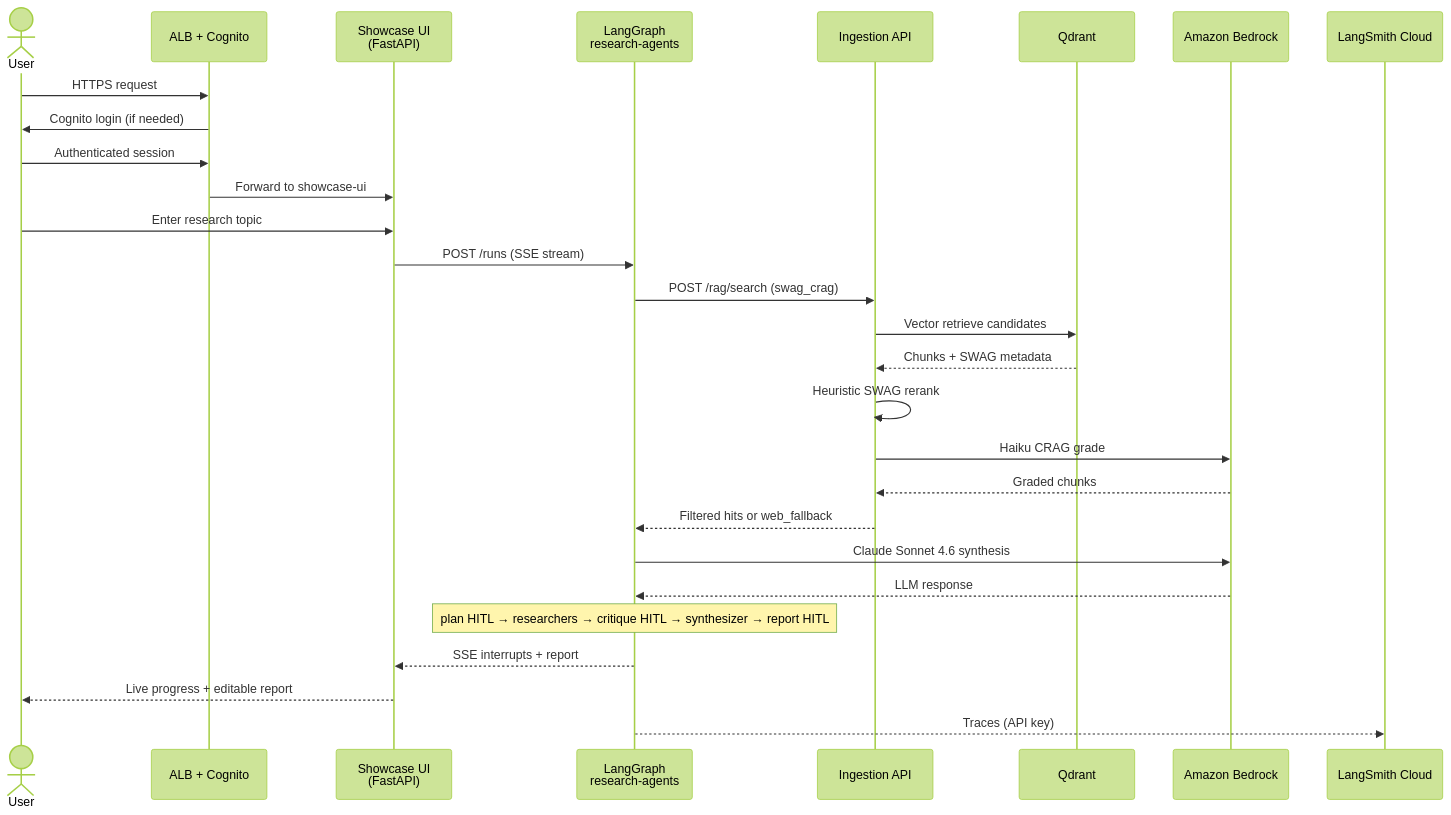
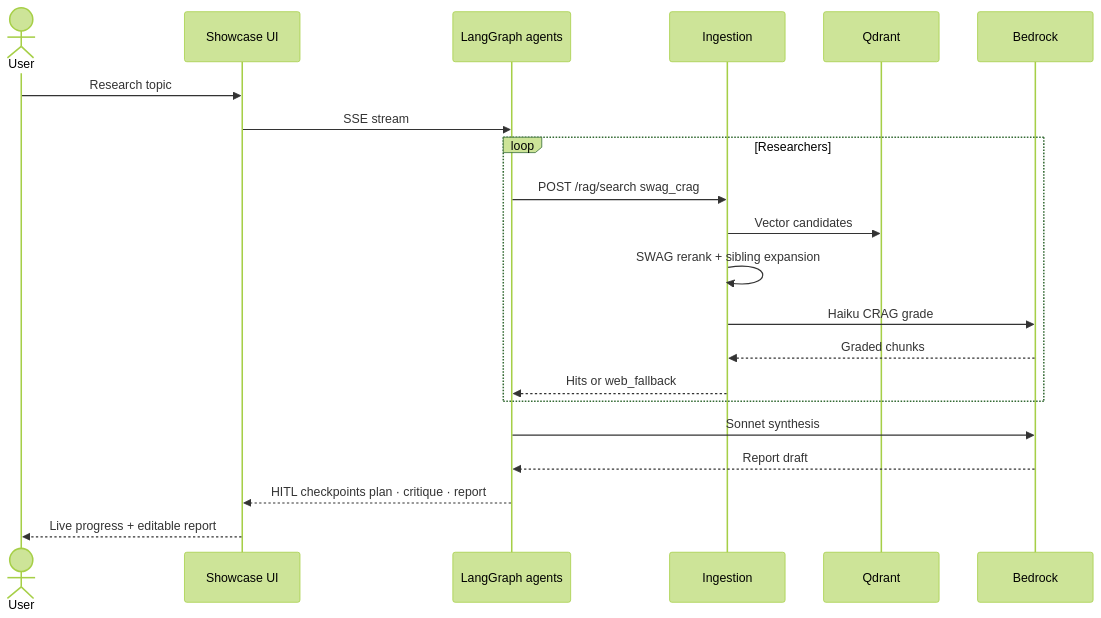
The fourth of 6 diagrams in docs/ARCHITECTURE_DIAGRAM.md (emguru/langrag), drawn with Mermaid (forest theme) before and after one commit. The commit also changed other lines of this file and 22 other files, not shown here.

First line of the commit message:
Add RAG quality features and refresh architecture docs.

````diff
--- a/docs/ARCHITECTURE_DIAGRAM.md
+++ b/docs/ARCHITECTURE_DIAGRAM.md
@@ -144,31 +149,24 @@
 ```mermaid
 sequenceDiagram
   actor User
-  participant ALB as ALB + Cognito
-  participant UI as Showcase UI<br/>(FastAPI)
-  participant LG as LangGraph<br/>research-agents
-  participant Ing as Ingestion API
+  participant UI as Showcase UI
+  participant LG as LangGraph agents
+  participant Ing as Ingestion
   participant Q as Qdrant
-  participant BR as Amazon Bedrock
-  participant LS as LangSmith Cloud
+  participant BR as Bedrock
 
-  User->>ALB: HTTPS request
-  ALB->>User: Cognito login (if needed)
-  User->>ALB: Authenticated session
-  ALB->>UI: Forward to showcase-ui
-  User->>UI: Enter research topic
-  UI->>LG: POST /runs (SSE stream)
-  LG->>Ing: POST /rag/search (swag_crag)
-  Ing->>Q: Vector retrieve candidates
-  Q-->>Ing: Chunks + SWAG metadata
-  Ing->>Ing: Heuristic SWAG rerank
-  Ing->>BR: Haiku CRAG grade
-  BR-->>Ing: Graded chunks
-  Ing-->>LG: Filtered hits or web_fallback
-  LG->>BR: Claude Sonnet 4.6 synthesis
-  BR-->>LG: LLM response
-  Note over LG: plan HITL → researchers → critique HITL → synthesizer → report HITL
-  LG-->>UI: SSE interrupts + report
+  User->>UI: Research topic
+  UI->>LG: SSE stream
+  loop Researchers
+    LG->>Ing: POST /rag/search swag_crag
+    Ing->>Q: Vector candidates
+    Ing->>Ing: SWAG rerank + sibling expansion
+    Ing->>BR: Haiku CRAG grade
+    BR-->>Ing: Graded chunks
+    Ing-->>LG: Hits or web_fallback
+  end
+  LG->>BR: Sonnet synthesis
+  BR-->>LG: Report draft
+  LG-->>UI: HITL checkpoints plan · critique · report
   UI-->>User: Live progress + editable report
-  LG-->>LS: Traces (API key)
 ```
````
